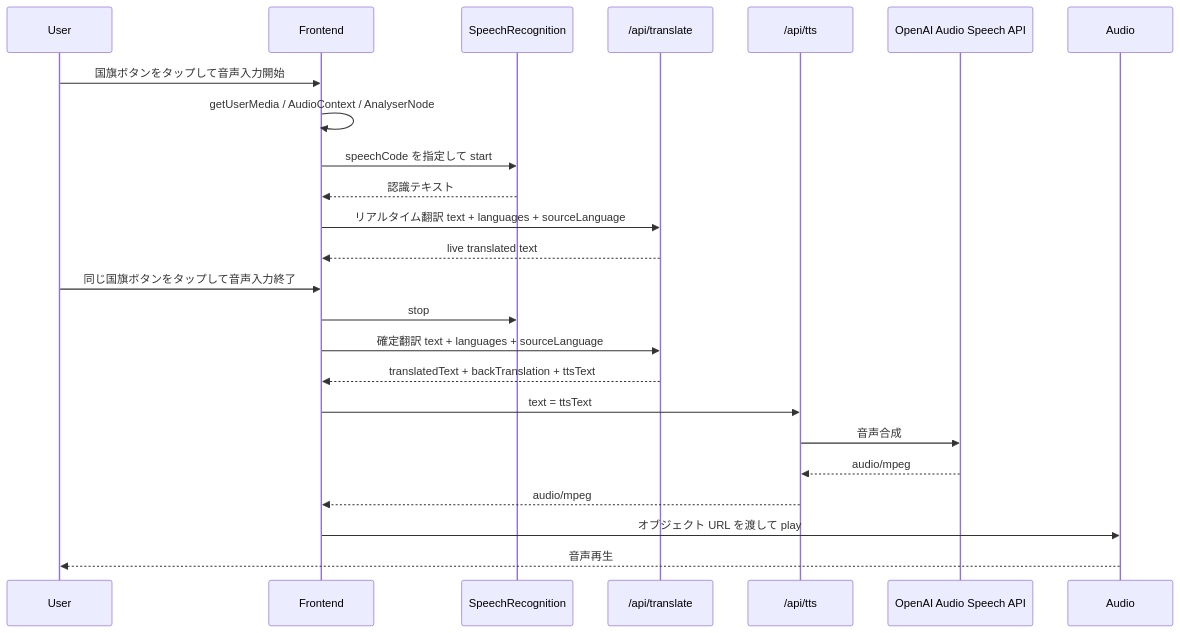
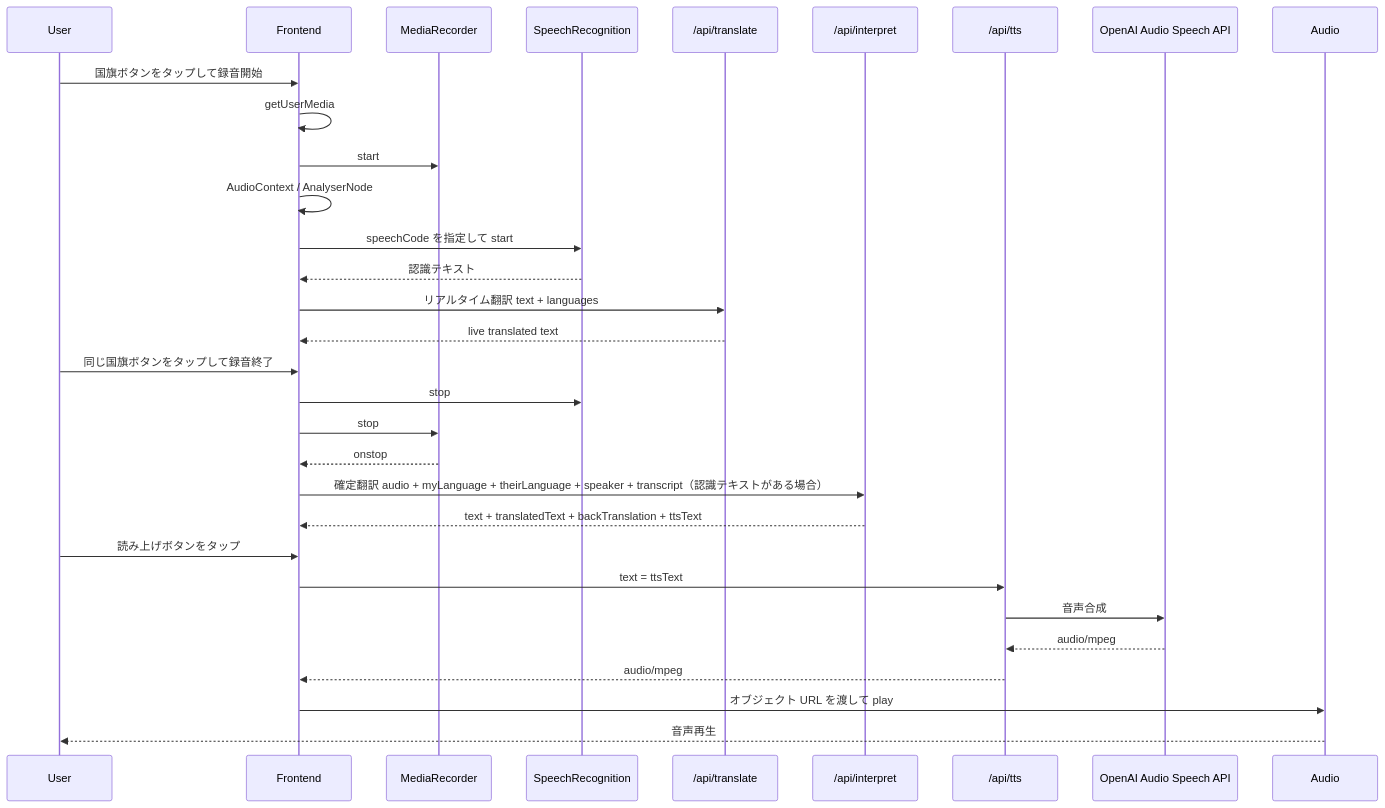
The first of 2 diagrams in docs/speech-flow.md (shin-arita/gotalk), drawn with Mermaid before and after one commit. The commit also changed other lines of this file and 12 other files, not shown here.

First line of the commit message:
docs: ドキュメントを現行実装（/api/interpret 構成）に合わせて修正 (#14)

````diff
--- a/docs/speech-flow.md
+++ b/docs/speech-flow.md
@@ -20,27 +21,34 @@
 ```mermaid
 sequenceDiagram
   participant User as User
   participant FE as Frontend
+  participant MR as MediaRecorder
   participant SR as SpeechRecognition
   participant TR as /api/translate
+  participant IN as /api/interpret
   participant TTSAPI as /api/tts
   participant Speech as OpenAI Audio Speech API
   participant Audio as Audio
 
-  User->>FE: 国旗ボタンをタップして音声入力開始
-  FE->>FE: getUserMedia / AudioContext / AnalyserNode
+  User->>FE: 国旗ボタンをタップして録音開始
+  FE->>FE: getUserMedia
+  FE->>MR: start
+  FE->>FE: AudioContext / AnalyserNode
   FE->>SR: speechCode を指定して start
   SR-->>FE: 認識テキスト
-  FE->>TR: リアルタイム翻訳 text + languages + sourceLanguage
+  FE->>TR: リアルタイム翻訳 text + languages
   TR-->>FE: live translated text
-  User->>FE: 同じ国旗ボタンをタップして音声入力終了
+  User->>FE: 同じ国旗ボタンをタップして録音終了
   FE->>SR: stop
-  FE->>TR: 確定翻訳 text + languages + sourceLanguage
-  TR-->>FE: translatedText + backTranslation + ttsText
+  FE->>MR: stop
+  MR-->>FE: onstop
+  FE->>IN: 確定翻訳 audio + myLanguage + theirLanguage + speaker + transcript（認識テキストがある場合）
+  IN-->>FE: text + translatedText + backTranslation + ttsText
+  User->>FE: 読み上げボタンをタップ
   FE->>TTSAPI: text = ttsText
   TTSAPI->>Speech: 音声合成
   Speech-->>TTSAPI: audio/mpeg
   TTSAPI-->>FE: audio/mpeg
   FE->>Audio: オブジェクト URL を渡して play
   Audio-->>User: 音声再生
 ```
````
